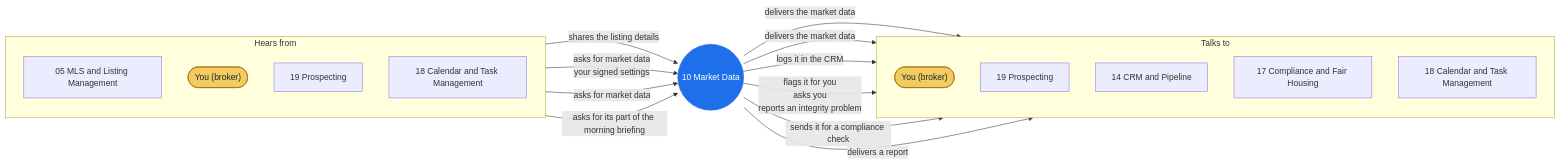
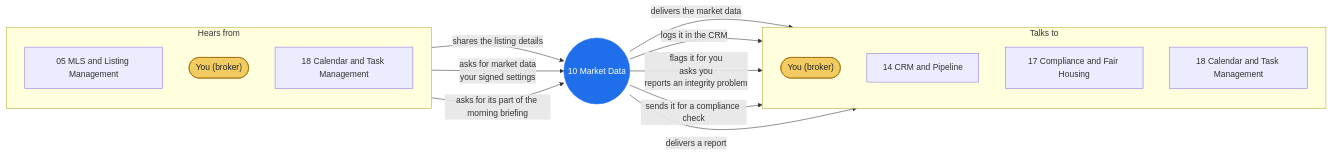
The diagram in 10-market-data/README.md (QuietFireAI/listing-assistants), drawn with Mermaid before and after one commit. The commit also changed other lines of this file and 110 other files, not shown here.

````diff
--- a/10-market-data/README.md
+++ b/10-market-data/README.md
@@ -11,35 +11,31 @@
 ```mermaid
 flowchart LR
     subgraph IN["Hears from"]
         direction TB
         I05["05 MLS and Listing Management"]
         IB(["You (broker)"])
-        I19["19 Prospecting"]
         I18["18 Calendar and Task Management"]
     end
     A10(("10 Market Data"))
     subgraph OUT["Talks to"]
         direction TB
         OB(["You (broker)"])
-        O19["19 Prospecting"]
         O14["14 CRM and Pipeline"]
         OB(["You (broker)"])
         O17["17 Compliance and Fair Housing"]
         O18["18 Calendar and Task Management"]
     end
     I05 -- "shares the listing details" --> A10
     IB -- "asks for market data<br/>your signed settings" --> A10
-    I19 -- "asks for market data" --> A10
     I18 -- "asks for its part of the morning briefing" --> A10
     A10 -- "delivers the market data" --> OB
-    A10 -- "delivers the market data" --> O19
     A10 -- "logs it in the CRM" --> O14
     A10 -- "flags it for you<br/>asks you<br/>reports an integrity problem" --> OB
     A10 -- "sends it for a compliance check" --> O17
     A10 -- "delivers a report" --> O18
     classDef me fill:#1f6feb,stroke:#1f6feb,color:#ffffff
     classDef you fill:#f2cc60,stroke:#9a6700,color:#1f2328
     classDef out fill:#d0d7de,stroke:#57606a,color:#1f2328
     class A10 me
     class IB,OB,OB you
 ```
````
